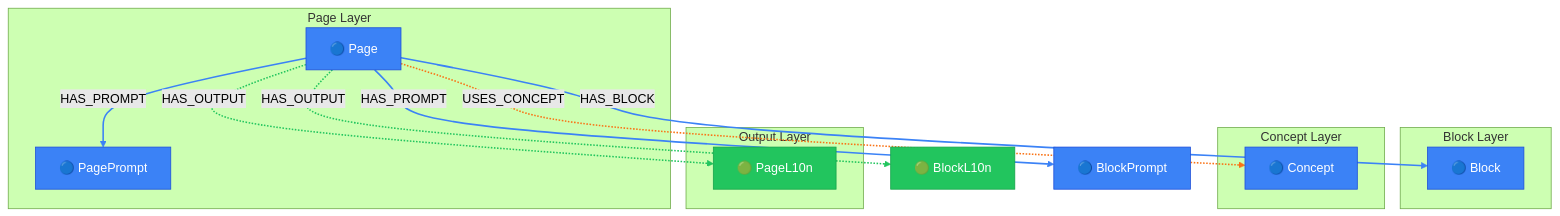
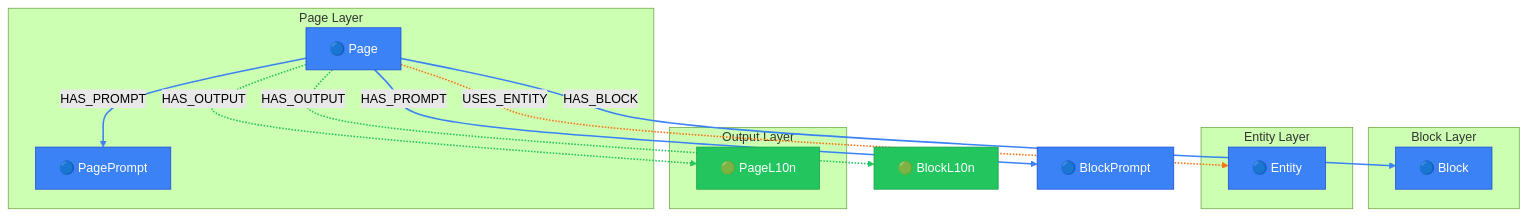
Before and after one commit to supernovae-st/novanet: the diagram in packages/core/models/docs/page-generation-context.md, drawn with Mermaid (forest theme). The commit also changed 42 other files, not shown here.

First line of the commit message:
refactor(core): complete v10.3 Entity-Centric Architecture cleanup

````diff
--- a/packages/core/models/docs/page-generation-context.md
+++ b/packages/core/models/docs/page-generation-context.md
@@ -26,55 +26,55 @@
 ```mermaid
 flowchart TB
   %% View: Page Generation Context (page-generation-context)
   %% 7 nodes, 6 edges
 
   %% Trait styling (node_trait)
   classDef invariant fill:#3b82f6,stroke:#1d4ed8,color:#fff
   classDef localized fill:#22c55e,stroke:#16a34a,color:#fff
   classDef knowledge fill:#8b5cf6,stroke:#7c3aed,color:#fff
   classDef derived fill:#9ca3af,stroke:#6b7280,color:#fff
   classDef job fill:#6b7280,stroke:#4b5563,color:#fff
 
   subgraph PAGE_LAYER["Page Layer"]
     Page["🔵 Page"]
     PagePrompt["🔵 PagePrompt"]
   end
 
   subgraph BLOCK_LAYER["Block Layer"]
     Block["🔵 Block"]
   end
 
-  subgraph CONCEPT_LAYER["Concept Layer"]
-    Concept["🔵 Concept"]
+  subgraph ENTITY_LAYER["Entity Layer"]
+    Entity["🔵 Entity"]
   end
 
   subgraph OUTPUT_LAYER["Output Layer"]
     PageL10n["🟢 PageL10n"]
   end
 
   %% Additional reachable nodes
   BlockL10n["🟢 BlockL10n"]
   BlockPrompt["🔵 BlockPrompt"]
 
   %% Relationships (styled by arc family)
   Page -->|HAS_BLOCK| Block
   Page -.->|HAS_OUTPUT| BlockL10n
   Page -.->|HAS_OUTPUT| PageL10n
   Page -->|HAS_PROMPT| BlockPrompt
   Page -->|HAS_PROMPT| PagePrompt
-  Page -.->|USES_CONCEPT| Concept
+  Page -.->|USES_ENTITY| Entity
 
   %% Edge colors by family
   linkStyle 1,2 stroke:#22c55e,stroke-width:2px
   linkStyle 0,3,4 stroke:#3b82f6,stroke-width:2px
   linkStyle 5 stroke:#f97316,stroke-width:2px
 
   %% Class assignments
   class Block invariant
   class BlockL10n localized
   class BlockPrompt invariant
-  class Concept invariant
+  class Entity invariant
   class Page invariant
   class PageL10n localized
   class PagePrompt invariant
 ```
````
